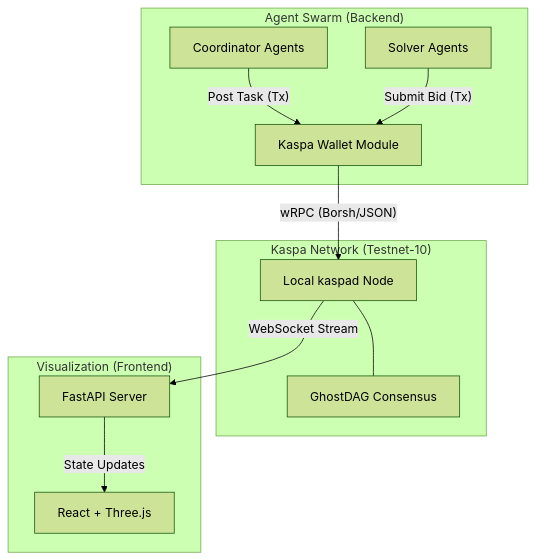
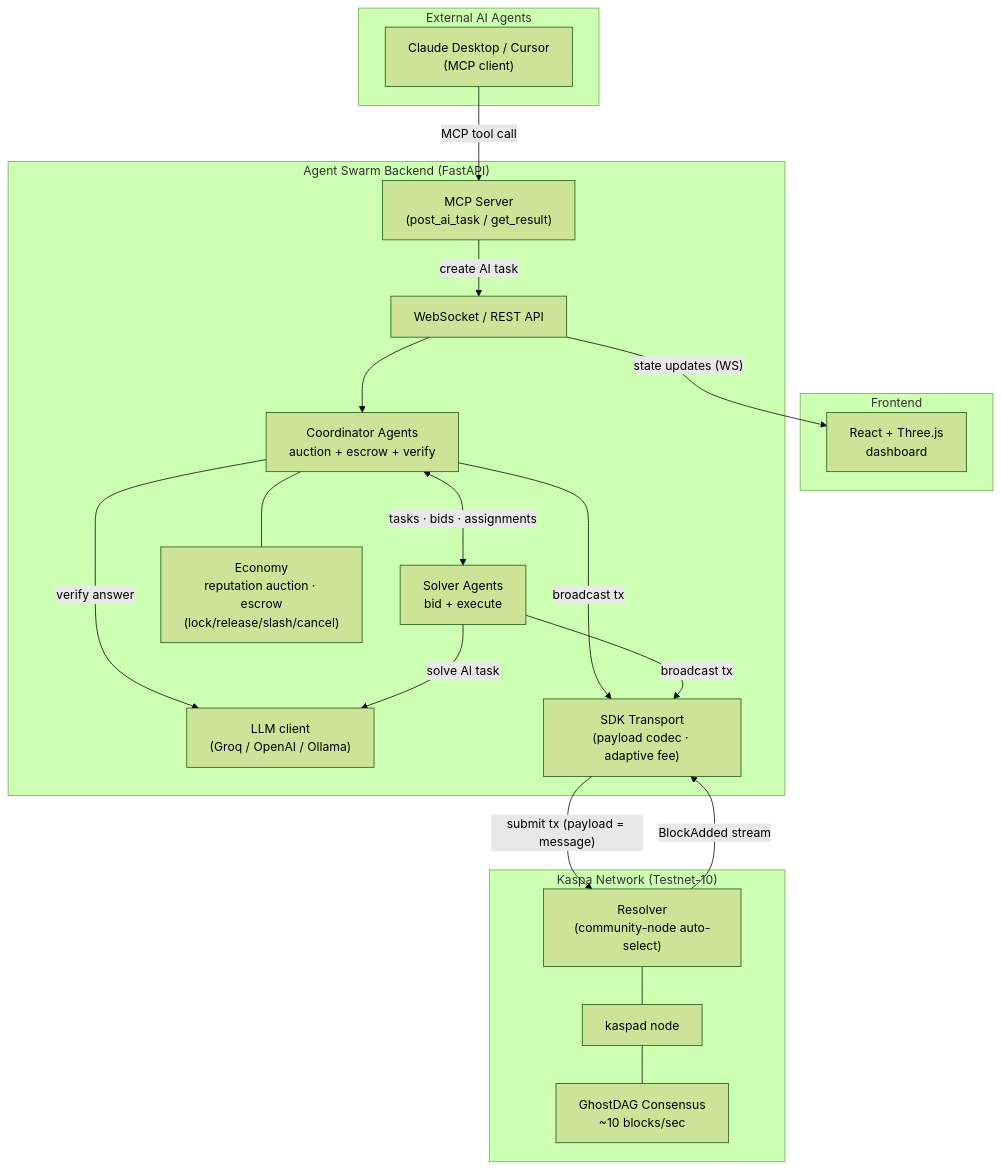
One commit to Nihal-Pandey-2302/kaspaswarm changed the first of 2 diagrams in README.md. Above: the diagram before and after it, drawn with Mermaid (forest theme). The commit also changed other lines of this file, not shown here.

Commit message:
README: redraw architecture + sequence diagrams for current system
- Architecture graph now shows the real topology: MCP client -> MCP server,
  FastAPI swarm (coordinator/solver, reputation auction + escrow, LLM client),
  SDK transport, and Kaspa via the Resolver -> community node (ChainWatcher noted
  as fallback).
- Sequence diagram now covers the full lifecycle: optional MCP entry, payload
  txs gated on BlockAdded, auction + escrow lock, LLM solve + verify, and the
  three settlement outcomes (release / slash / cancel).

````diff
--- a/README.md
+++ b/README.md
@@ -83,25 +83,41 @@
 ```mermaid
 graph TD
-    subgraph "Kaspa Network (Testnet-10)"
-        Node[Local kaspad Node]
-        Consensus[GhostDAG Consensus]
-        Node --- Consensus
+    subgraph EXT["External AI Agents"]
+        MCP["Claude Desktop / Cursor<br/>(MCP client)"]
     end
 
-    subgraph "Agent Swarm (Backend)"
-        Coord[Coordinator Agents]
-        Solver[Solver Agents]
-        Wallet[Kaspa Wallet Module]
-
-        Coord --"Post Task (Tx)"--> Wallet
-        Solver --"Submit Bid (Tx)"--> Wallet
-        Wallet --"wRPC (Borsh/JSON)"--> Node
+    subgraph FE["Frontend"]
+        React["React + Three.js<br/>dashboard"]
     end
 
-    subgraph "Visualization (Frontend)"
-        React[React + Three.js]
+    subgraph BE["Agent Swarm Backend (FastAPI)"]
+        MCPSrv["MCP Server<br/>(post_ai_task / get_result)"]
+        API["WebSocket / REST API"]
+        Coord["Coordinator Agents<br/>auction + escrow + verify"]
+        Solver["Solver Agents<br/>bid + execute"]
+        Econ["Economy<br/>reputation auction · escrow<br/>(lock/release/slash/cancel)"]
+        LLM["LLM client<br/>(Groq / OpenAI / Ollama)"]
+        TX["SDK Transport<br/>(payload codec · adaptive fee)"]
 
-        Node --"WebSocket Stream"--> BackendAPI
-        BackendAPI[FastAPI Server] --"State Updates"--> React
+        MCPSrv --"create AI task"--> API
+        API --> Coord
+        Coord <--"tasks · bids · assignments"--> Solver
+        Coord --- Econ
+        Coord --"verify answer"--> LLM
+        Solver --"solve AI task"--> LLM
+        Coord --"broadcast tx"--> TX
+        Solver --"broadcast tx"--> TX
     end
+
+    subgraph KAS["Kaspa Network (Testnet-10)"]
+        Resolver["Resolver<br/>(community-node auto-select)"]
+        Node["kaspad node"]
+        Consensus["GhostDAG Consensus<br/>~10 blocks/sec"]
+        Resolver --- Node --- Consensus
+    end
+
+    MCP --"MCP tool call"--> MCPSrv
+    TX --"submit tx (payload = message)"--> Resolver
+    Resolver --"BlockAdded stream"--> TX
+    API --"state updates (WS)"--> React
 ```
````
